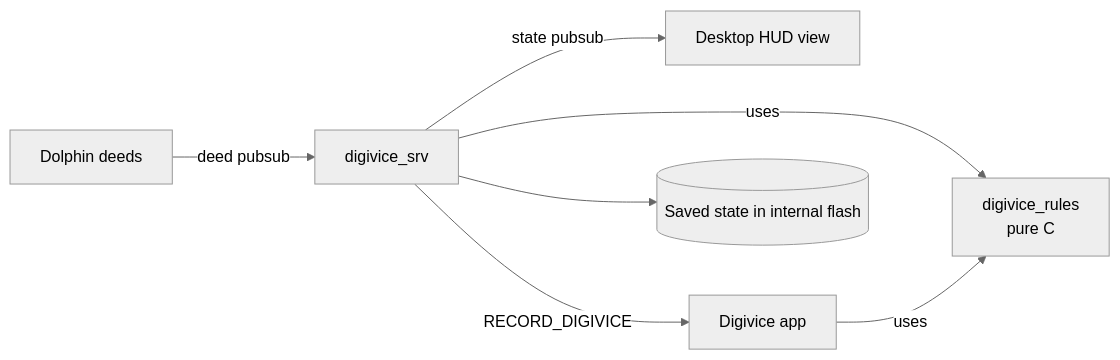
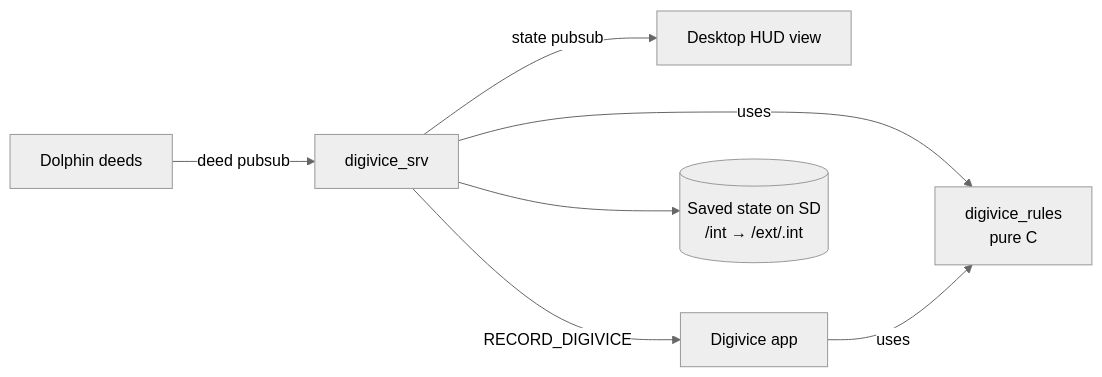
One commit to pausf/flipper-digivice changed the diagram in ReadMe.md. Above: the diagram before and after it, drawn with Mermaid (neutral theme).

Commit message:
docs: correct where the digivice state is stored

````diff
--- a/ReadMe.md
+++ b/ReadMe.md
@@ -36,9 +36,9 @@
 ```mermaid
 flowchart LR
     D[Dolphin deeds] -->|deed pubsub| S[digivice_srv]
     S -->|uses| R[digivice_rules<br/>pure C]
     S -->|state pubsub| H[Desktop HUD view]
     S -->|RECORD_DIGIVICE| A[Digivice app]
     A -->|uses| R
-    S --> F[(Saved state in internal flash)]
+    S --> F[(Saved state on SD<br/>/int → /ext/.int)]
 ```
````
